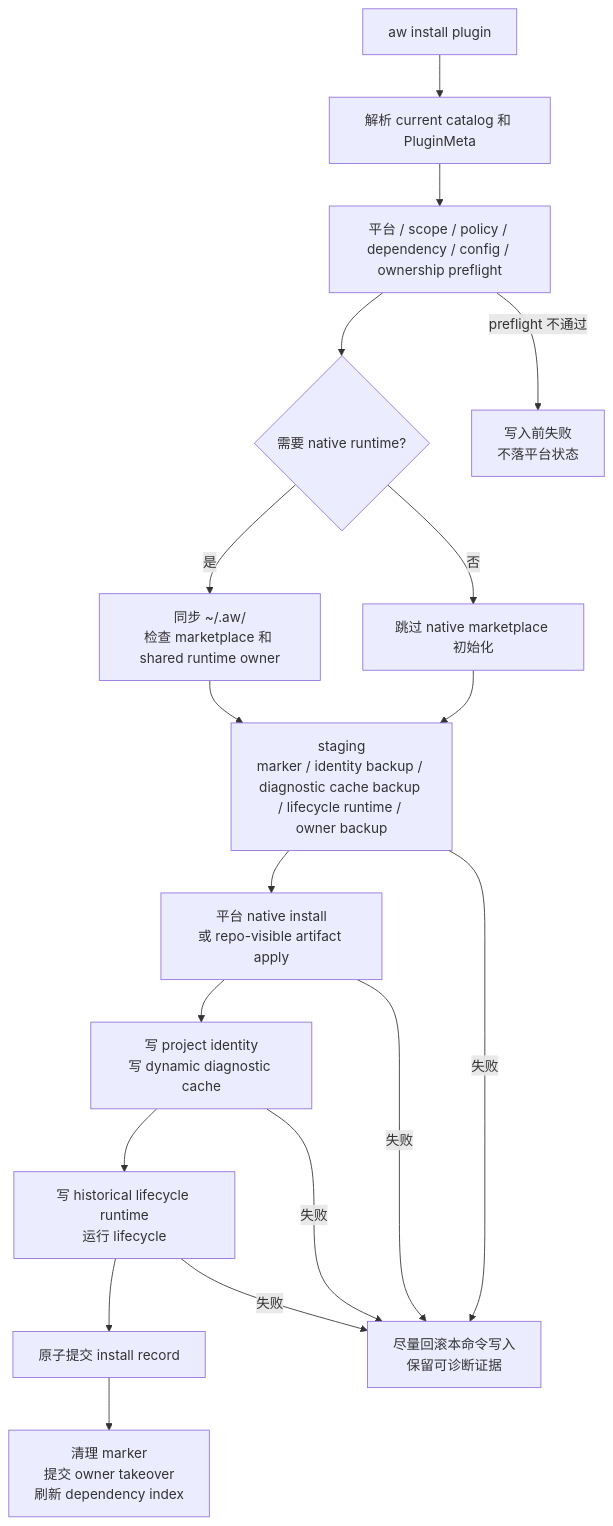
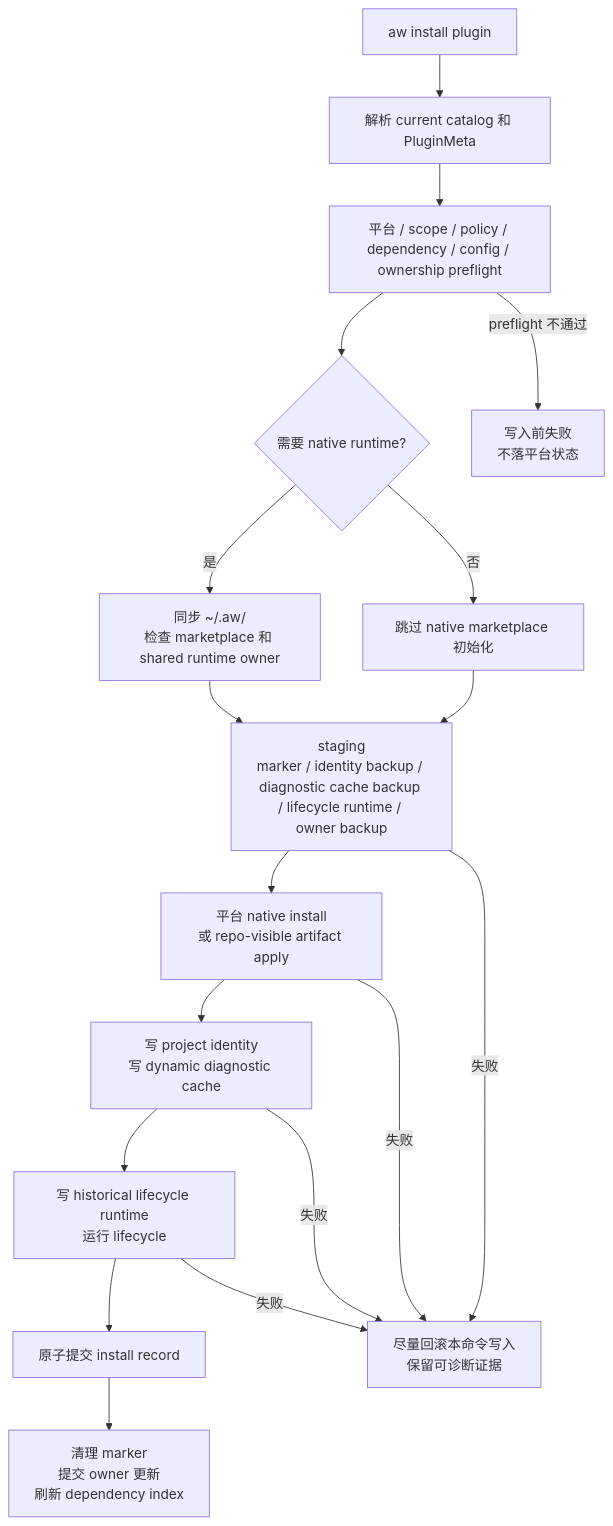
The second of 6 diagrams in docs/plugin-installation-technical-details.md (lesliechan721-arch/agent-workflow), drawn with Mermaid before and after one commit. The commit also changed other lines of this file and 73 other files, not shown here.

````diff
--- a/docs/plugin-installation-technical-details.md
+++ b/docs/plugin-installation-technical-details.md
@@ -217,27 +217,27 @@
 ```mermaid
 flowchart TD
   start["aw install plugin"]
   catalog["解析 current catalog 和 PluginMeta"]
   preflight["平台 / scope / policy / dependency / config / ownership preflight"]
   nativeNeed{"需要 native runtime?"}
   marketplace["同步 ~/.aw/<br/>检查 marketplace 和 shared runtime owner"]
   skipNative["跳过 native marketplace 初始化"]
   staging["staging<br/>marker / identity backup / diagnostic cache backup / lifecycle runtime / owner backup"]
   apply["平台 native install<br/>或 repo-visible artifact apply"]
   identity["写 project identity<br/>写 dynamic diagnostic cache"]
   lifecycle["写 historical lifecycle runtime<br/>运行 lifecycle"]
   record["原子提交 install record"]
-  finish["清理 marker<br/>提交 owner takeover<br/>刷新 dependency index"]
+  finish["清理 marker<br/>提交 owner 更新<br/>刷新 dependency index"]
   earlyStop["写入前失败<br/>不落平台状态"]
   rollback["尽量回滚本命令写入<br/>保留可诊断证据"]
 
   start --> catalog --> preflight --> nativeNeed
   preflight -- "preflight 不通过" --> earlyStop
   nativeNeed -- "是" --> marketplace --> staging
   nativeNeed -- "否" --> skipNative --> staging
   staging --> apply --> identity --> lifecycle --> record --> finish
   staging -- "失败" --> rollback
   apply -- "失败" --> rollback
   identity -- "失败" --> rollback
   lifecycle -- "失败" --> rollback
 ```
````
